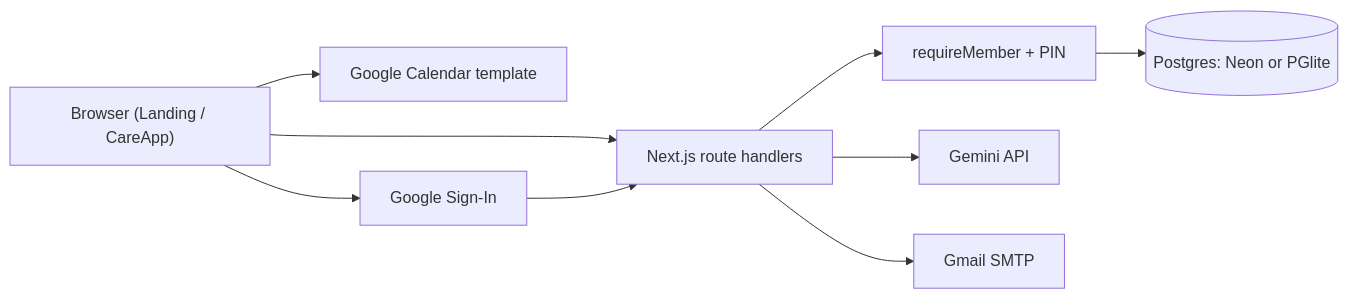
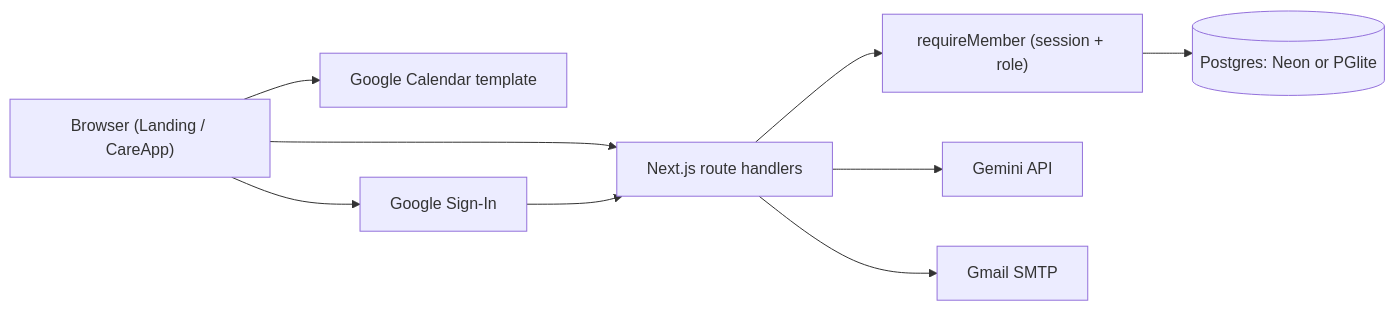
One commit to Ramithachowdary/apnahaath changed the diagram in ARCHITECTURE.md. Above: the diagram before and after it, drawn with Mermaid. The commit also changed other lines of this file and 17 other files, not shown here.

Commit message:
Remove the PIN: actions are attributed to the signed-in account and role

````diff
--- a/ARCHITECTURE.md
+++ b/ARCHITECTURE.md
@@ -5,18 +5,18 @@
 ```mermaid
 flowchart LR
   Browser["Browser (Landing / CareApp)"]
   API["Next.js route handlers"]
-  Auth["requireMember + PIN"]
+  Auth["requireMember (session + role)"]
   DB[("Postgres: Neon or PGlite")]
   Gemini["Gemini API"]
   Gmail["Gmail SMTP"]
   Calendar["Google Calendar template"]
   OAuth["Google Sign-In"]
 
   Browser --> API
   Browser --> Calendar
   Browser --> OAuth --> API
   API --> Auth --> DB
   API --> Gemini
   API --> Gmail
 ```
````
